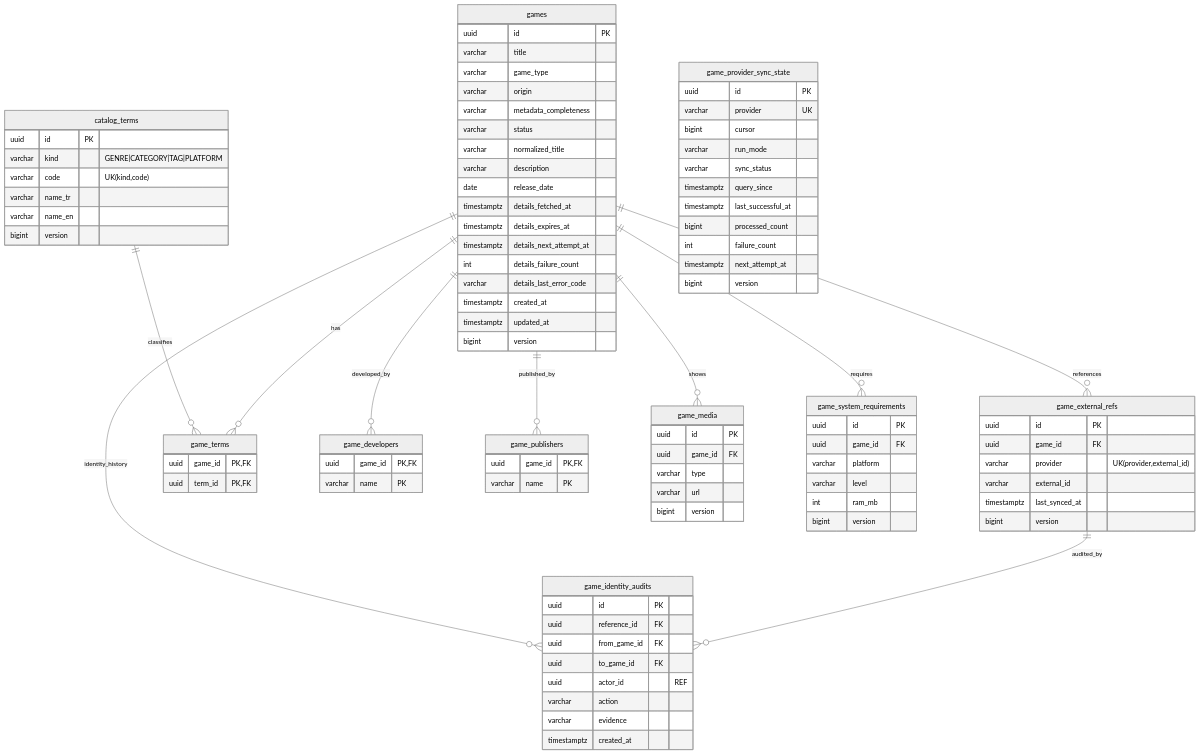
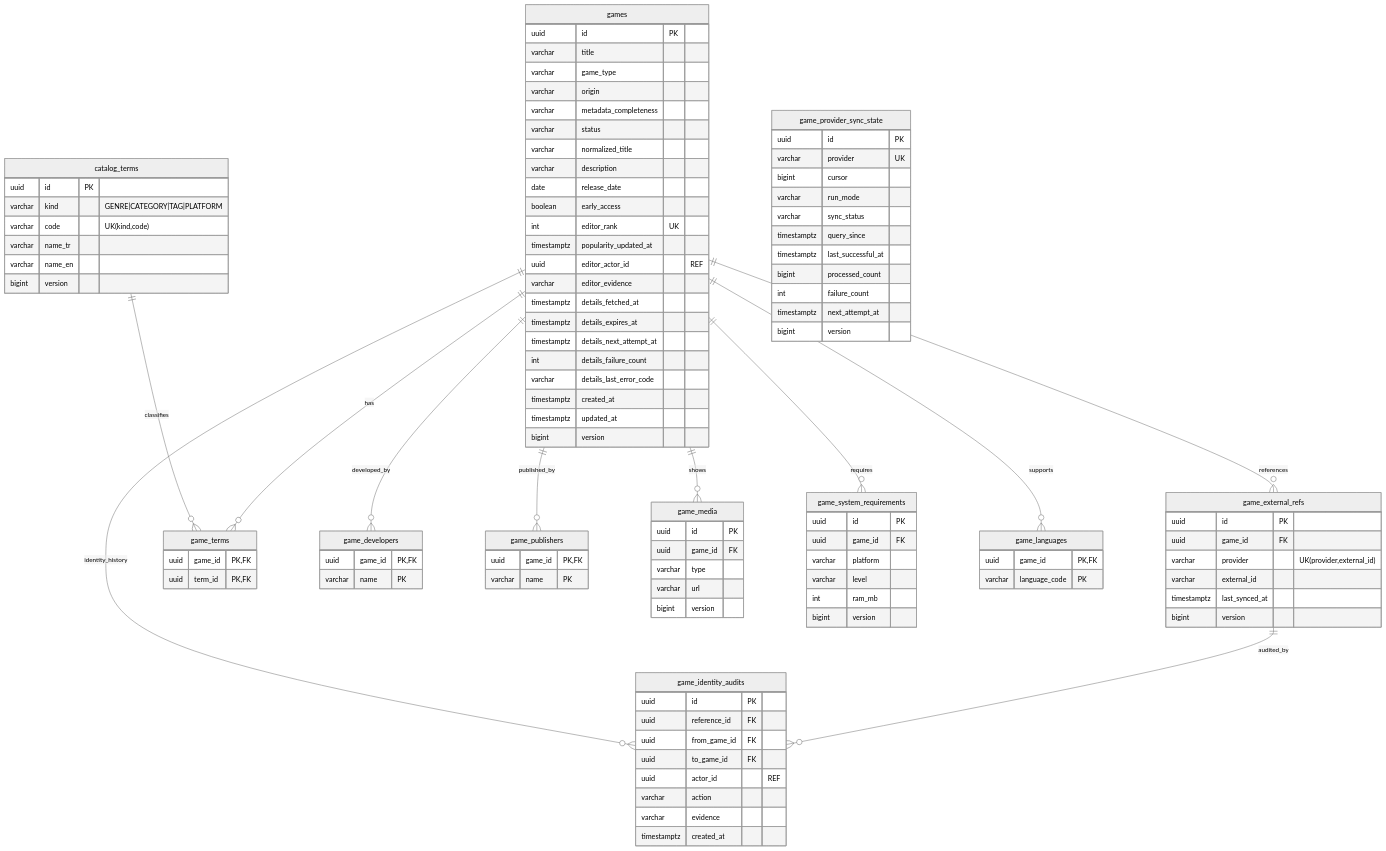
One commit to alperrte/lobbytwozero changed the fifth of 18 diagrams in docs/er-diagram.md. Above: the diagram before and after it, drawn with Mermaid (neutral theme). The commit also changed other lines of this file and 26 other files, not shown here.

```diff
--- a/docs/er-diagram.md
+++ b/docs/er-diagram.md
@@ -256,6 +256,7 @@
   games ||--o{ game_publishers : published_by
   games ||--o{ game_media : shows
   games ||--o{ game_system_requirements : requires
+  games ||--o{ game_languages : supports
   games {
     uuid id PK
     varchar title
@@ -266,6 +267,11 @@
     varchar normalized_title
     varchar description
     date release_date
+    boolean early_access
+    int editor_rank UK
+    timestamptz popularity_updated_at
+    uuid editor_actor_id "REF"
+    varchar editor_evidence
     timestamptz details_fetched_at
     timestamptz details_expires_at
     timestamptz details_next_attempt_at
@@ -274,6 +280,10 @@
     timestamptz created_at
     timestamptz updated_at
     bigint version
+  }
+  game_languages {
+    uuid game_id PK,FK
+    varchar language_code PK
   }
   game_external_refs {
     uuid id PK
```
